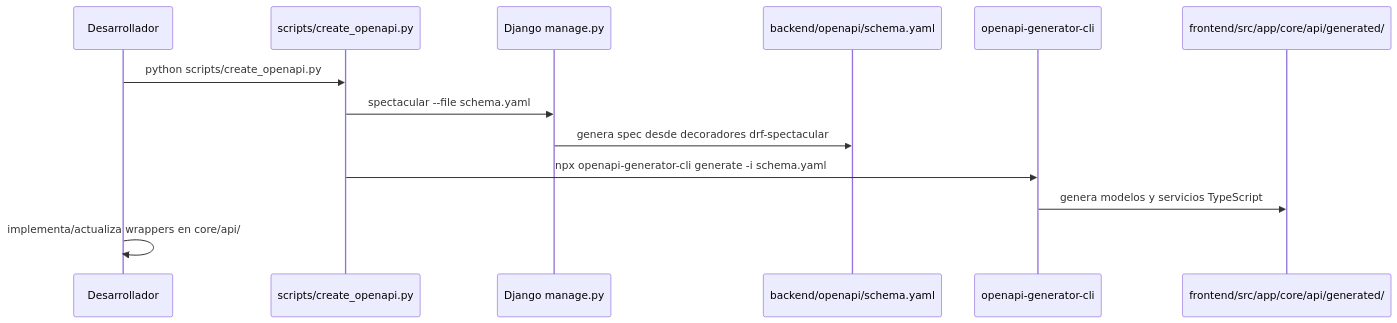
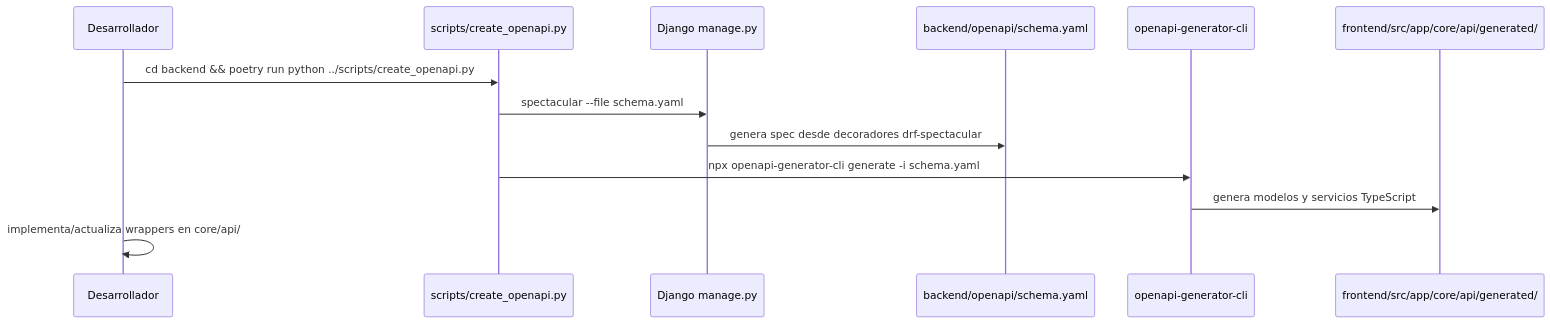
Before and after one commit to chem-gl/chemistry-apps: the fifth of 6 diagrams in README.md, drawn with Mermaid. The commit also changed other lines of this file and 24 other files, not shown here.

First line of the commit message:
feat ✨(backend ⚙️) : Migrar a Poetry para gestión de dependencias y actualizar Dockerfile

````diff
--- a/README.md
+++ b/README.md
@@ -931,16 +933,16 @@
 ```mermaid
 sequenceDiagram
   participant DEV as Desarrollador
   participant SCRIPT as scripts/create_openapi.py
   participant DJANGO as Django manage.py
   participant SPEC as backend/openapi/schema.yaml
   participant GEN as openapi-generator-cli
   participant CLIENT as frontend/src/app/core/api/generated/
 
-  DEV->>SCRIPT: python scripts/create_openapi.py
+  DEV->>SCRIPT: cd backend && poetry run python ../scripts/create_openapi.py
   SCRIPT->>DJANGO: spectacular --file schema.yaml
   DJANGO->>SPEC: genera spec desde decoradores drf-spectacular
   SCRIPT->>GEN: npx openapi-generator-cli generate -i schema.yaml
   GEN->>CLIENT: genera modelos y servicios TypeScript
   DEV->>DEV: implementa/actualiza wrappers en core/api/
 ```
````
